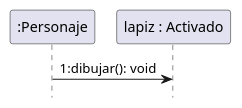
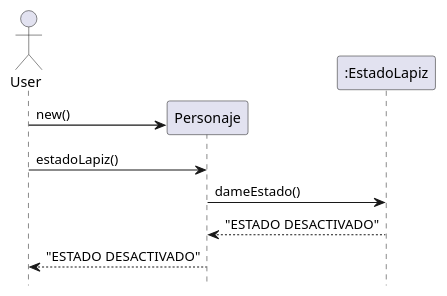
Before and after one commit to Lescalante14/Tp2-Algoritmos3-AlgoBlocks: the diagram in src/main/diagramas/SD_lapiz_desactivado.puml, drawn with PlantUML. The commit also changed 2 other files, not shown here.

Commit message:
Diagramas de secuencia

```diff
--- a/src/main/diagramas/SD_lapiz_desactivado.puml
+++ b/src/main/diagramas/SD_lapiz_desactivado.puml
@@ -1,7 +1,15 @@
 @startuml
 
 hide footbox
+actor User
 
-":Personaje" -> "lapiz : Activado":  1:dibujar(): void
+create Personaje
+User -> Personaje: new()
+User -> Personaje: estadoLapiz()
+
+Personaje -> ":EstadoLapiz": dameEstado()
+
+":EstadoLapiz" --> Personaje: "ESTADO DESACTIVADO"
+Personaje --> User: "ESTADO DESACTIVADO"
 
 @enduml
```
